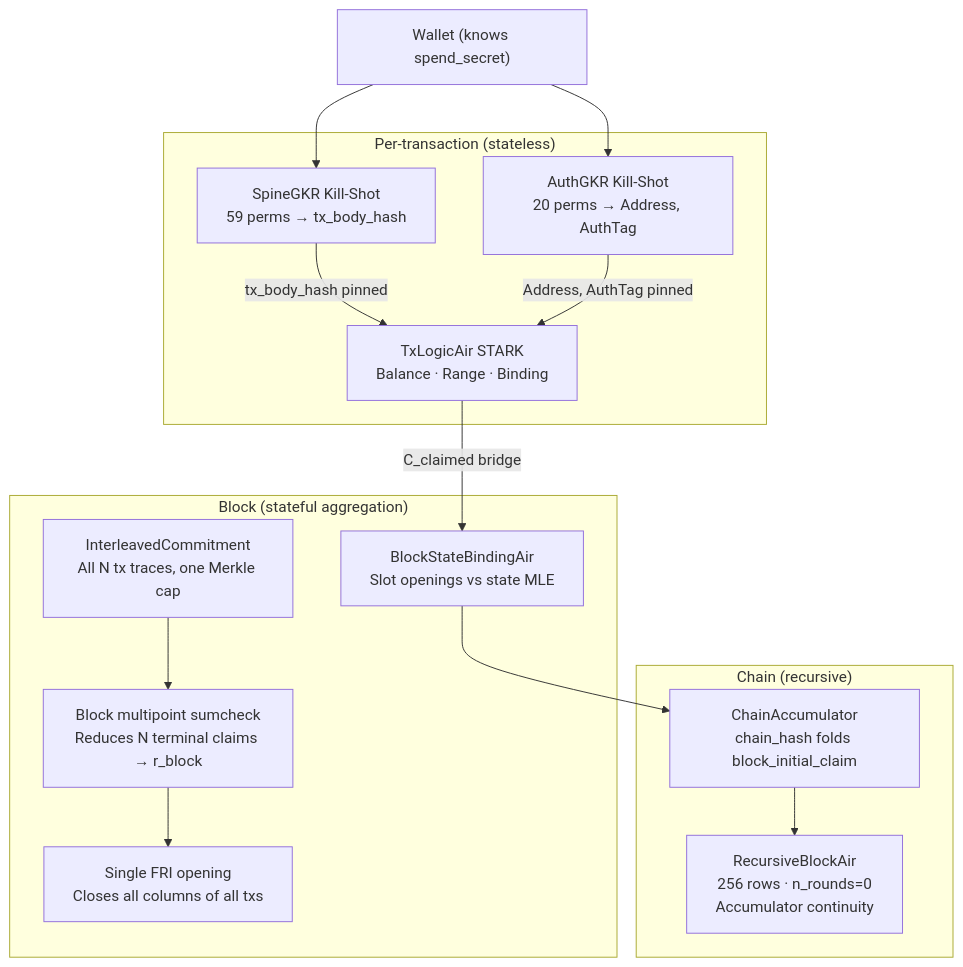
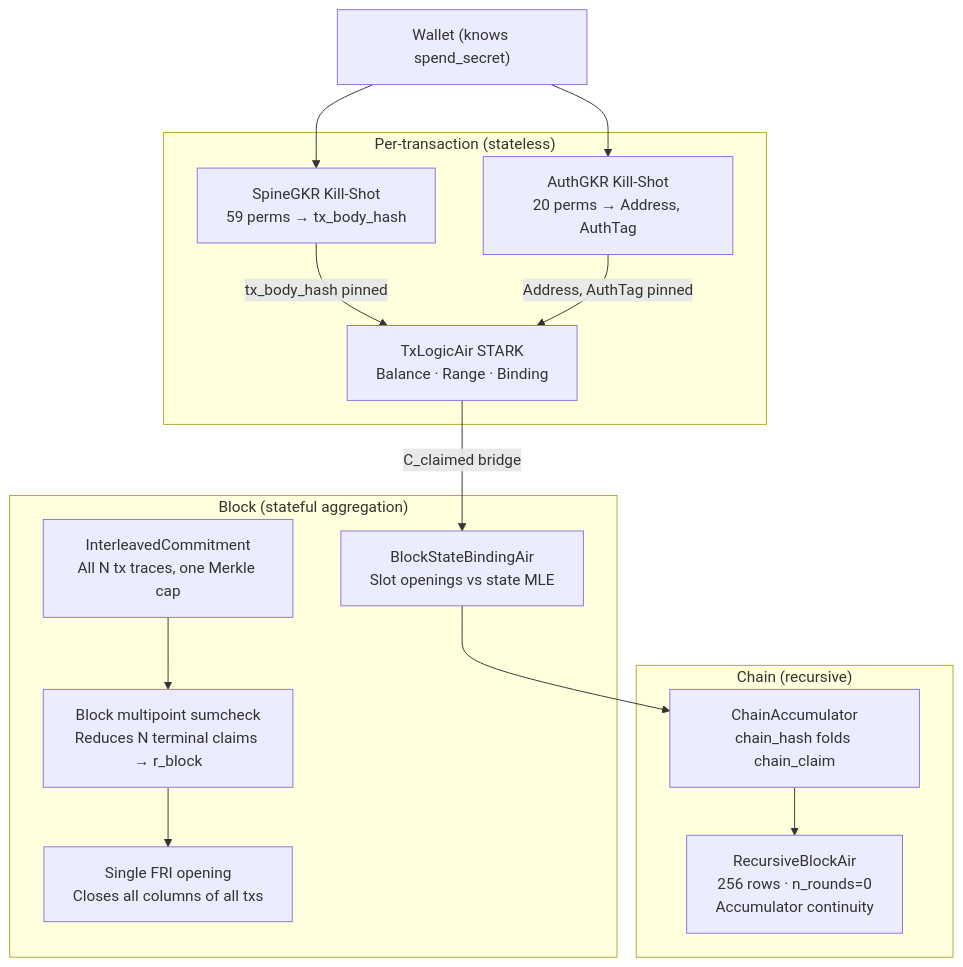
The diagram in docs/security.md (Aquacongas/Parano1c), drawn with Mermaid before and after one commit. The commit also changed other lines of this file and 86 other files, not shown here.

````diff
--- a/docs/security.md
+++ b/docs/security.md
@@ -77,30 +77,30 @@
 ```mermaid
 flowchart TD
     W["Wallet (knows spend_secret)"]
 
     subgraph TX["Per-transaction (stateless)"]
         GKR_S["SpineGKR Kill-Shot\n59 perms → tx_body_hash"]
         GKR_A["AuthGKR Kill-Shot\n20 perms → Address, AuthTag"]
         AIR1["TxLogicAir STARK\nBalance · Range · Binding"]
     end
 
     subgraph BLK["Block (stateful aggregation)"]
         IC["InterleavedCommitment\nAll N tx traces, one Merkle cap"]
         MS["Block multipoint sumcheck\nReduces N terminal claims → r_block"]
         FRI1["Single FRI opening\nCloses all columns of all txs"]
         BSB["BlockStateBindingAir\nSlot openings vs state MLE"]
     end
 
     subgraph REC["Chain (recursive)"]
-        ACC["ChainAccumulator\nchain_hash folds block_initial_claim"]
+        ACC["ChainAccumulator\nchain_hash folds chain_claim"]
         RAIR["RecursiveBlockAir\n256 rows · n_rounds=0\nAccumulator continuity"]
     end
 
     W --> GKR_A
     W --> GKR_S
     GKR_S -->|tx_body_hash pinned| AIR1
     GKR_A -->|Address, AuthTag pinned| AIR1
     AIR1 -->|C_claimed bridge| BSB
     IC --> MS --> FRI1
     BSB --> ACC --> RAIR
 ```
````
